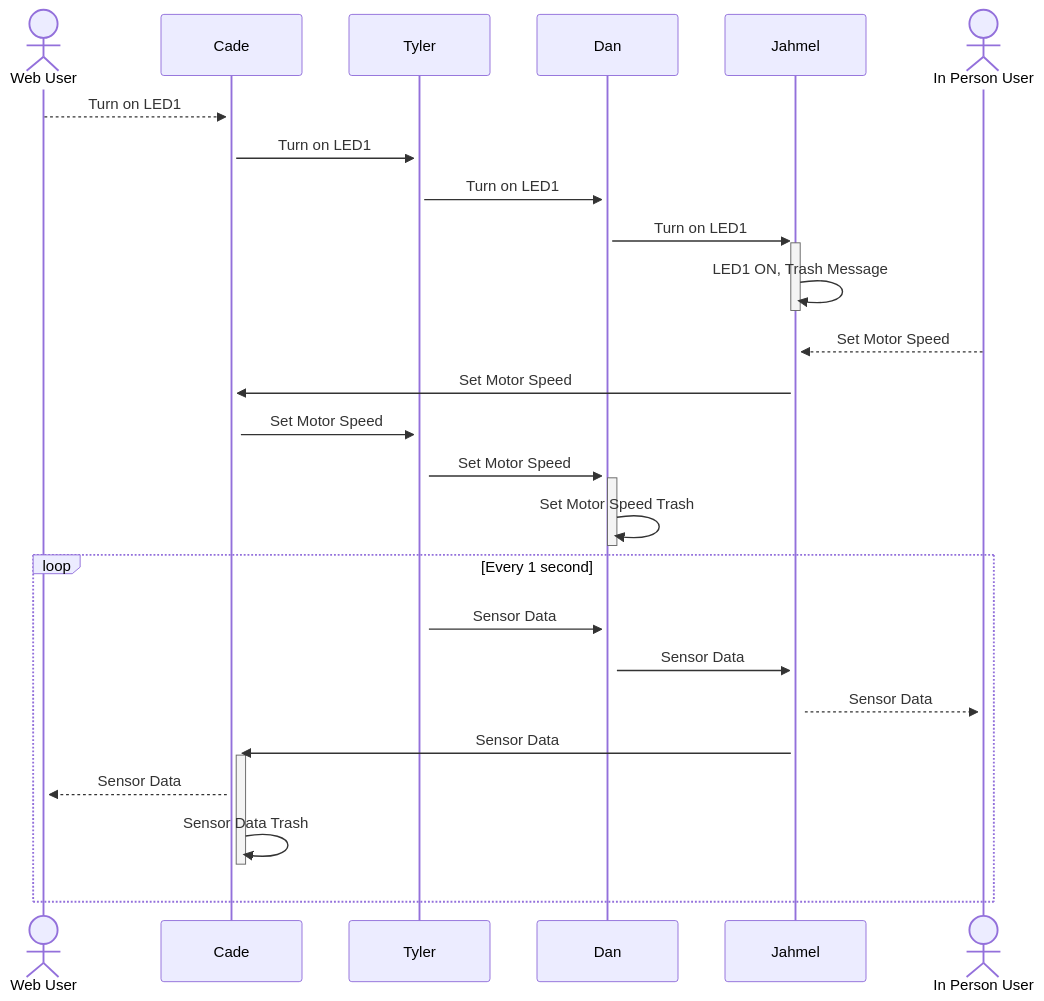
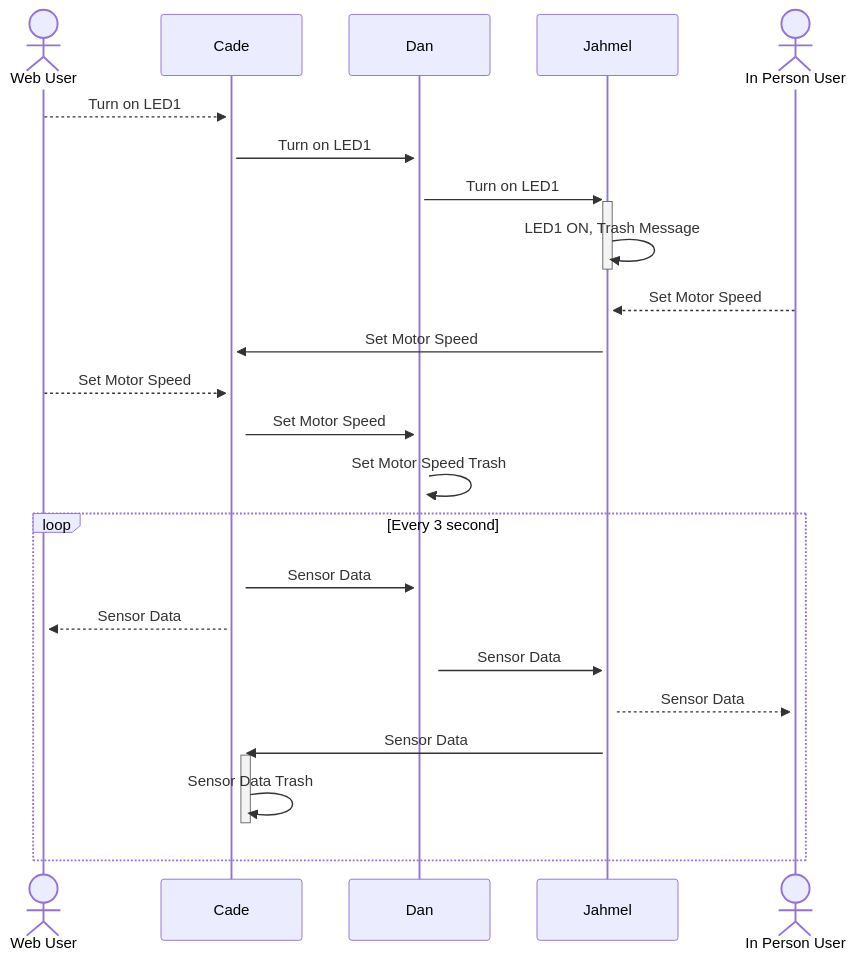
One commit to EGR314-2025-S-303/EGR314-2025-S-303 changed the diagram in docs/Block Diagram, Process Diagram, and Message Structure/index.md. Above: the diagram before and after it, drawn with Mermaid. The commit also changed other lines of this file, not shown here.

````diff
--- a/docs/Block Diagram, Process Diagram, and Message Structure/index.md
+++ b/docs/Block Diagram, Process Diagram, and Message Structure/index.md
@@ -15,23 +15,22 @@
 ``` mermaid
 sequenceDiagram
     actor Web User
     Web User-->>+Cade: Turn on LED1
-    Cade->>+Tyler: Turn on LED1
-    Tyler->>+Dan: Turn on LED1
+    Cade->>+Dan: Turn on LED1
     Dan->>+Jahmel: Turn on LED1
     Jahmel->>-Jahmel: LED1 ON, Trash Message
     actor In Person User
     In Person User-->>+Jahmel: Set Motor Speed
     Jahmel->>+Cade: Set Motor Speed
-    Cade->>+Tyler: Set Motor Speed
-    Tyler->>+Dan: Set Motor Speed
-    Dan->>-Dan: Set Motor Speed Trash
-    loop Every 1 second
-    Tyler->>+Dan: Sensor Data
+    Web User-->>+Cade: Set Motor Speed
+    Cade->>+Dan: Set Motor Speed
+    Dan->>+Dan: Set Motor Speed Trash
+    loop Every 3 second
+    Cade->>+Dan: Sensor Data
+    Cade-->>+Web User: Sensor Data
     Dan->>+Jahmel: Sensor Data
     Jahmel-->>+In Person User: Sensor Data
     Jahmel->>+Cade: Sensor Data
-    Cade-->>+Web User: Sensor Data
     Cade->>-Cade: Sensor Data Trash
     end
 ```
````
